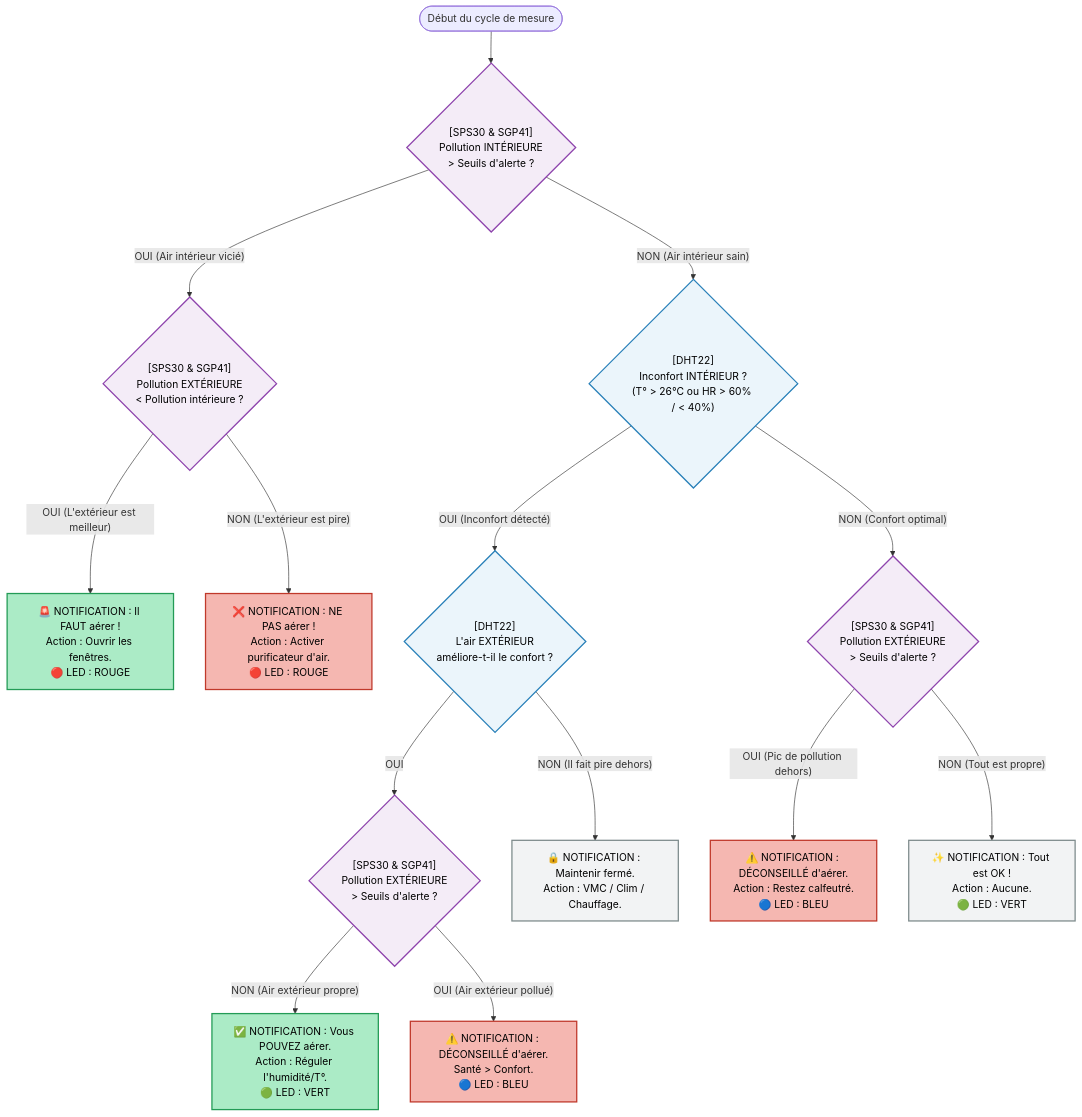
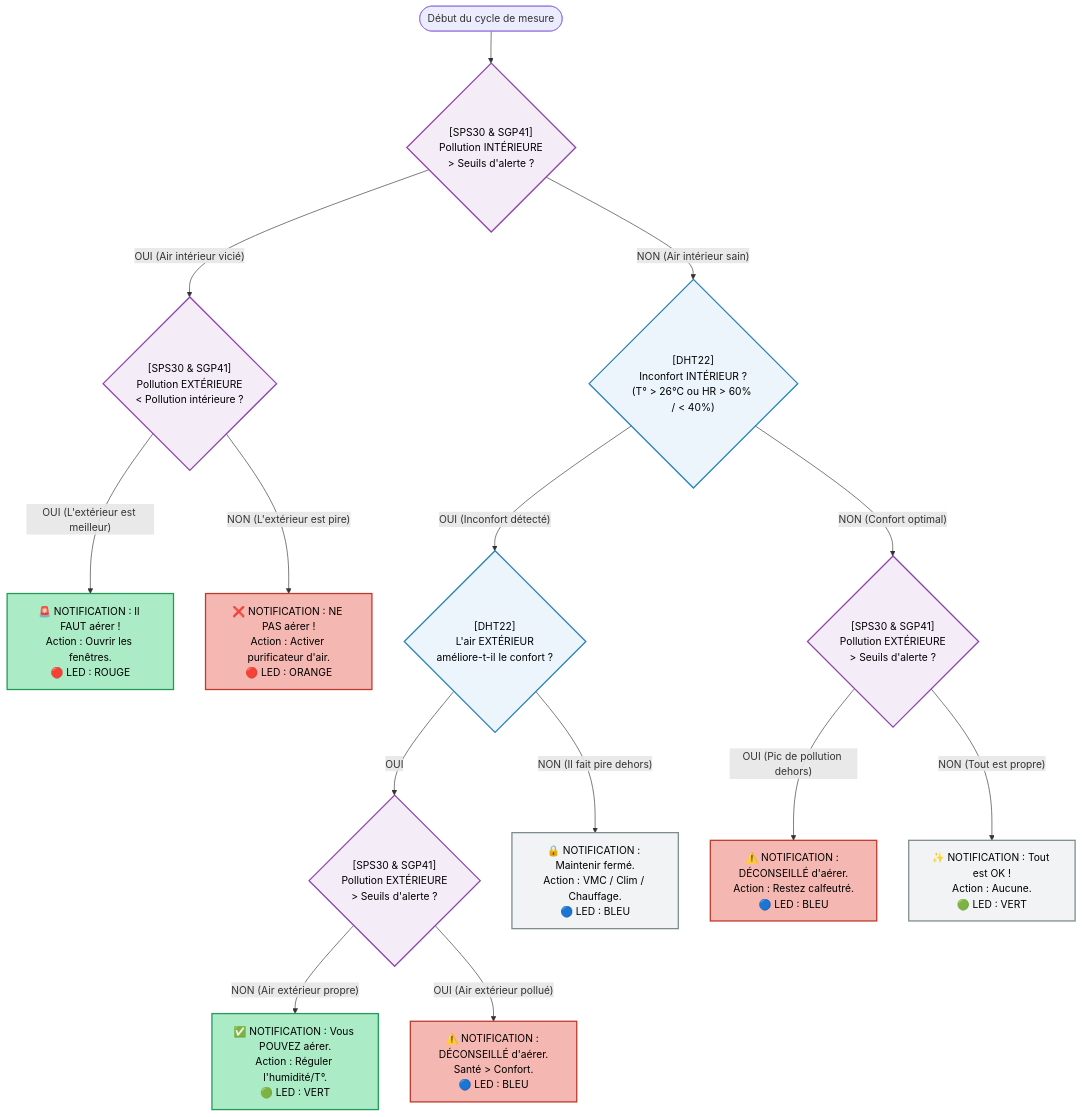
One commit to lecoac/Test-logigramme-Aircheck changed the diagram in README.md. Above: the diagram before and after it, drawn with Mermaid.

````diff
--- a/README.md
+++ b/README.md
@@ -4,33 +4,33 @@
 ```mermaid
 graph TD
     classDef sante fill:#f4ecf7,stroke:#8e44ad,stroke-width:2px,color:#000;
     classDef confort fill:#ebf5fb,stroke:#2980b9,stroke-width:2px,color:#000;
     classDef actVert fill:#abebc6,stroke:#239b56,stroke-width:2px,color:#000;
     classDef actRouge fill:#f5b7b1,stroke:#c0392b,stroke-width:2px,color:#000;
     classDef actGris fill:#f2f3f4,stroke:#7f8c8d,stroke-width:2px,color:#000;
 
     Start([Début du cycle de mesure]) --> Q1
 
     Q1{"[SPS30 & SGP41]<br>Pollution INTÉRIEURE<br>> Seuils d'alerte ?"}:::sante
     Q1 -- "OUI (Air intérieur vicié)" --> Q2
     Q1 -- "NON (Air intérieur sain)" --> Q3
 
     Q2{"[SPS30 & SGP41]<br>Pollution EXTÉRIEURE<br>< Pollution intérieure ?"}:::sante
     Q2 -- "OUI (L'extérieur est meilleur)" --> A1["🚨 NOTIFICATION : Il FAUT aérer !<br>Action : Ouvrir les fenêtres.<br>🔴 LED : ROUGE"]:::actVert
-    Q2 -- "NON (L'extérieur est pire)" --> A2["❌ NOTIFICATION : NE PAS aérer !<br>Action : Activer purificateur d'air.<br>🔴 LED : ROUGE"]:::actRouge
+    Q2 -- "NON (L'extérieur est pire)" --> A2["❌ NOTIFICATION : NE PAS aérer !<br>Action : Activer purificateur d'air.<br>🔴 LED : ORANGE"]:::actRouge
 
     Q3{"[DHT22]<br>Inconfort INTÉRIEUR ?<br>(T° > 26°C ou HR > 60% / < 40%)"}:::confort
     Q3 -- "OUI (Inconfort détecté)" --> Q4
     Q3 -- "NON (Confort optimal)" --> Q5
 
     Q4{"[DHT22]<br>L'air EXTÉRIEUR<br>améliore-t-il le confort ?"}:::confort
     Q4 -- "OUI" --> Q4b{"[SPS30 & SGP41]<br>Pollution EXTÉRIEURE<br>> Seuils d'alerte ?"}:::sante
     Q4b -- "NON (Air extérieur propre)" --> A3["✅ NOTIFICATION : Vous POUVEZ aérer.<br>Action : Réguler l'humidité/T°.<br>🟢 LED : VERT"]:::actVert
     Q4b -- "OUI (Air extérieur pollué)" --> A4["⚠️ NOTIFICATION : DÉCONSEILLÉ d'aérer.<br>Santé > Confort.<br>🔵 LED : BLEU"]:::actRouge
     
-    Q4 -- "NON (Il fait pire dehors)" --> A5["🔒 NOTIFICATION : Maintenir fermé.<br>Action : VMC / Clim / Chauffage."]:::actGris
+    Q4 -- "NON (Il fait pire dehors)" --> A5["🔒 NOTIFICATION : Maintenir fermé.<br>Action : VMC / Clim / Chauffage.<br>🔵 LED : BLEU"]:::actGris
 
     Q5{"[SPS30 & SGP41]<br>Pollution EXTÉRIEURE<br>> Seuils d'alerte ?"}:::sante
     Q5 -- "OUI (Pic de pollution dehors)" --> A6["⚠️ NOTIFICATION : DÉCONSEILLÉ d'aérer.<br>Action : Restez calfeutré.<br>🔵 LED : BLEU"]:::actRouge
     Q5 -- "NON (Tout est propre)" --> A7["✨ NOTIFICATION : Tout est OK !<br>Action : Aucune.<br>🟢 LED : VERT"]:::actGris
 ```
````
